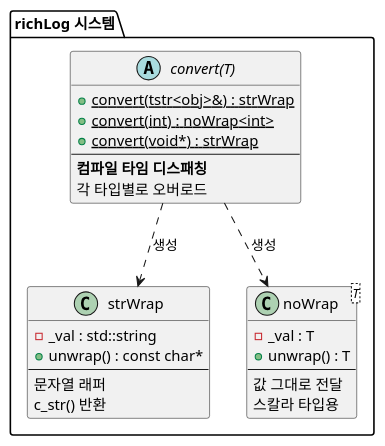
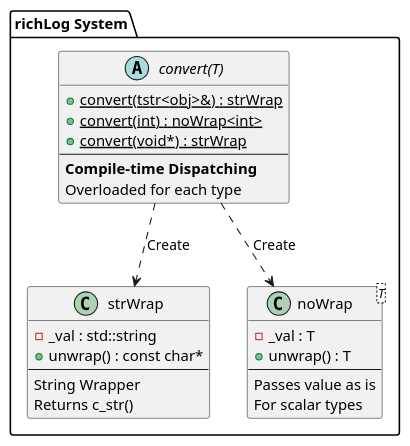
One commit to byeolang/byeol changed the second of 3 diagrams in doc/ref/ko/ae-architecture-clog.md. Above: the diagram before and after it, drawn with PlantUML. The commit also changed other lines of this file and 5 other files, not shown here.

First line of the commit message:
docs: translate Korean to English in PlantUML blocks

```diff
--- a/doc/ref/ko/ae-architecture-clog.md
+++ b/doc/ref/ko/ae-architecture-clog.md
@@ -332,32 +332,32 @@
 @startuml
-package "richLog 시스템" {
+package "richLog System" {
     abstract class "convert(T)" as convert {
         + {static} convert(tstr<obj>&) : strWrap
         + {static} convert(int) : noWrap<int>
         + {static} convert(void*) : strWrap
         --
-        <b>컴파일 타임 디스패칭</b>
-        각 타입별로 오버로드
+        <b>Compile-time Dispatching</b>
+        Overloaded for each type
     }
 
     class strWrap {
         - _val : std::string
         + unwrap() : const char*
         --
-        문자열 래퍼
-        c_str() 반환
+        String Wrapper
+        Returns c_str()
     }
 
     class "noWrap<T>" as noWrap {
         - _val : T
         + unwrap() : T
         --
-        값 그대로 전달
-        스칼라 타입용
+        Passes value as is
+        For scalar types
     }
 }
 
-convert ..> strWrap : 생성
-convert ..> noWrap : 생성
+convert ..> strWrap : Create
+convert ..> noWrap : Create
 
 @enduml
```
